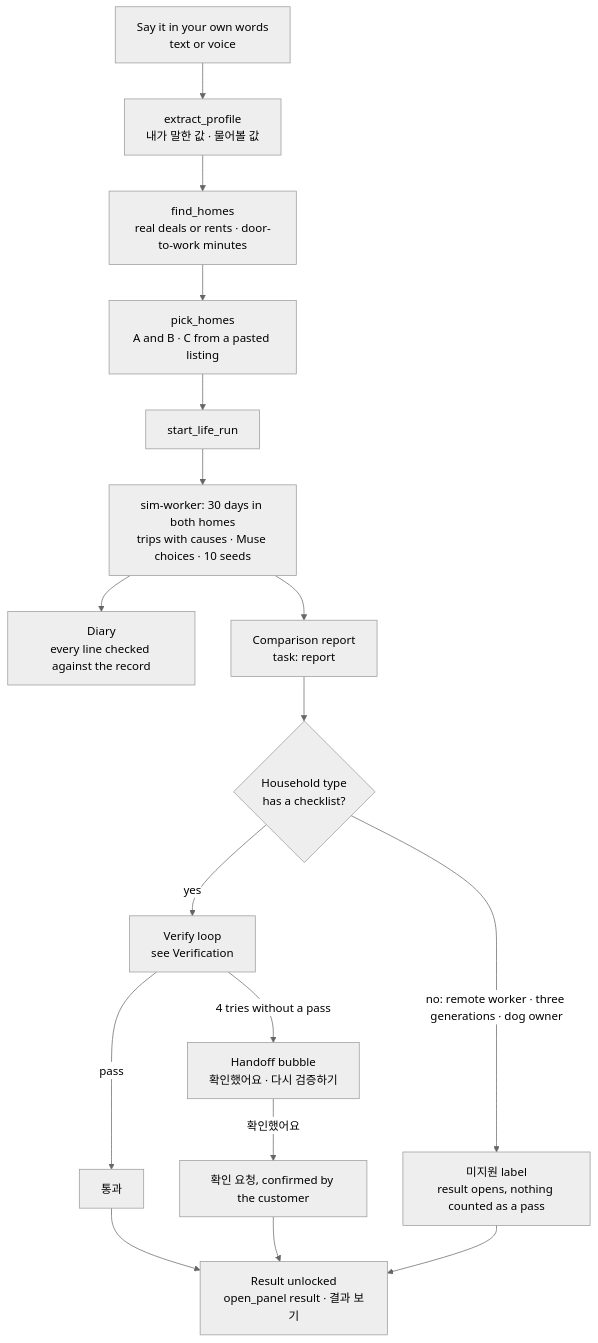
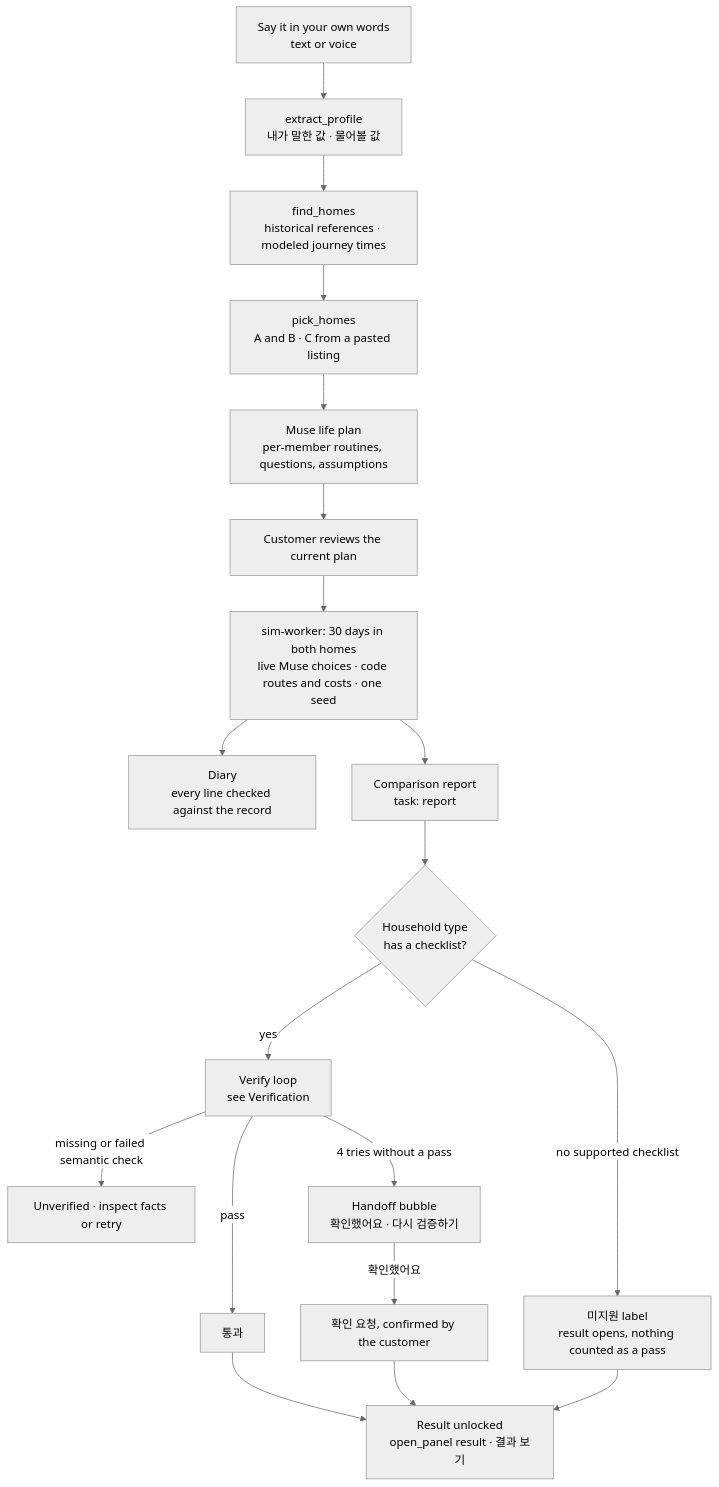
Before and after one commit to halo-sw/ithaca: the third of 3 diagrams in docs/architecture.md, drawn with Mermaid (neutral theme). The commit also changed other lines of this file and 8 other files, not shown here.

Commit message:
docs: align the final demo with one reviewed Muse run and separate family evidence

````diff
--- a/docs/architecture.md
+++ b/docs/architecture.md
@@ -118,19 +130,21 @@
 ```mermaid
 flowchart TD
   A["Say it in your own words<br/>text or voice"] --> B["extract_profile<br/>내가 말한 값 · 물어볼 값"]
-  B --> C["find_homes<br/>real deals or rents · door-to-work minutes"]
+  B --> C["find_homes<br/>historical references · modeled journey times"]
   C --> D["pick_homes<br/>A and B · C from a pasted listing"]
-  D --> E["start_life_run"]
-  E --> F["sim-worker: 30 days in both homes<br/>trips with causes · Muse choices · 10 seeds"]
+  D --> E["Muse life plan<br/>per-member routines, questions, assumptions"]
+  E --> REVIEW["Customer reviews the current plan"]
+  REVIEW --> F["sim-worker: 30 days in both homes<br/>live Muse choices · code routes and costs · one seed"]
   F --> G["Diary<br/>every line checked against the record"]
   F --> H["Comparison report<br/>task: report"]
   H --> I{"Household type<br/>has a checklist?"}
-  I -- "no: remote worker · three generations · dog owner" --> UN["미지원 label<br/>result opens, nothing counted as a pass"]
+  I -- "no supported checklist" --> UN["미지원 label<br/>result opens, nothing counted as a pass"]
   I -- yes --> J["Verify loop<br/>see Verification"]
   J -- pass --> P["통과"]
+  J -- "missing or failed semantic check" --> UV["Unverified · inspect facts or retry"]
   J -- "4 tries without a pass" --> Q["Handoff bubble<br/>확인했어요 · 다시 검증하기"]
   Q -- "확인했어요" --> P2["확인 요청, confirmed by the customer"]
   P --> R["Result unlocked<br/>open_panel result · 결과 보기"]
   P2 --> R
   UN --> R
 ```
````
